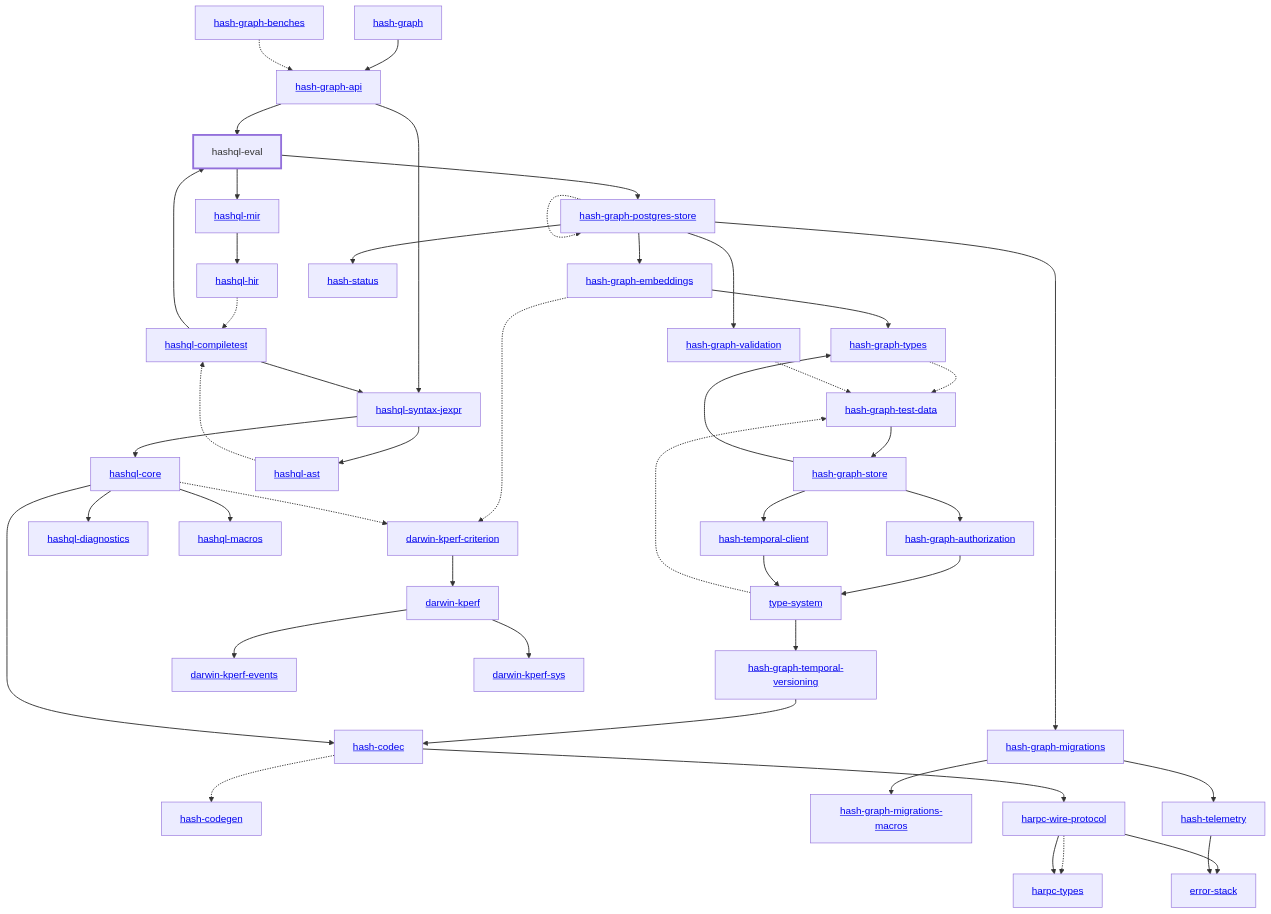
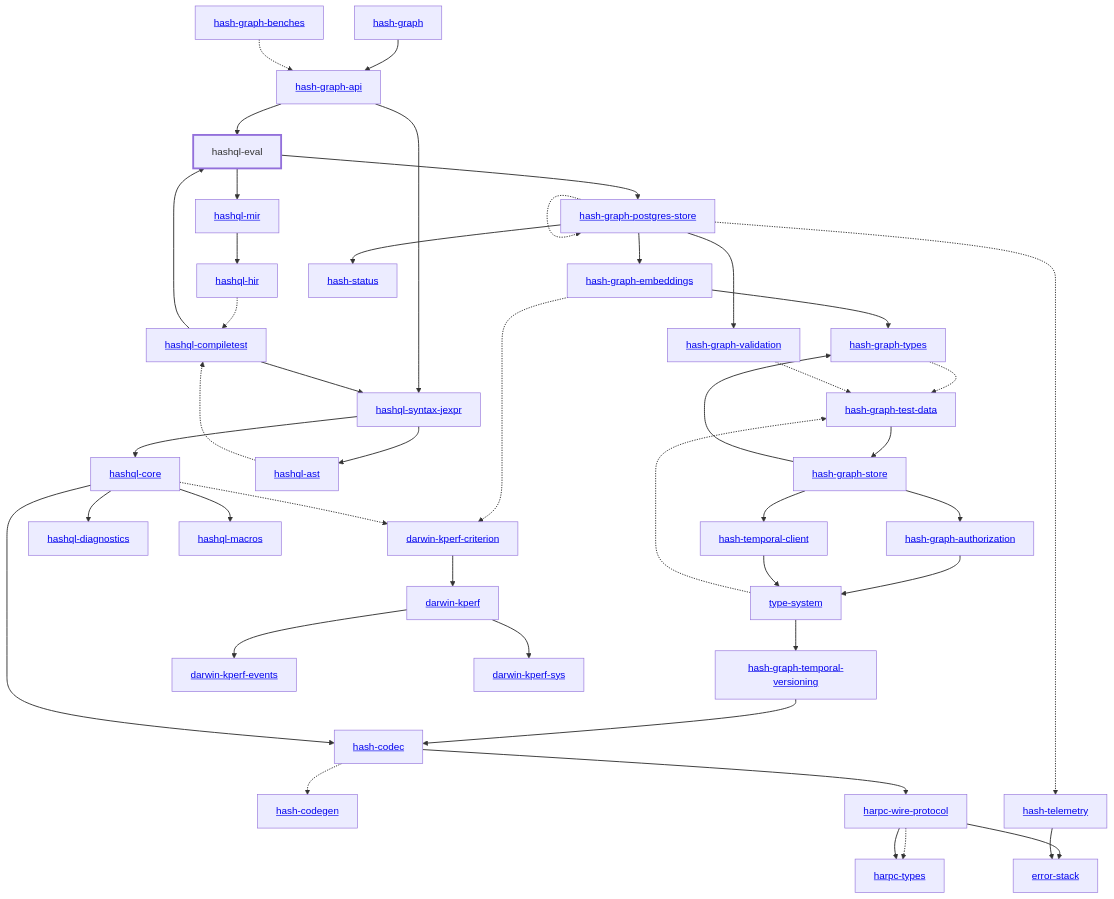
One commit to hashintel/hash changed the diagram in libs/@local/hashql/eval/docs/dependency-diagram.mmd. Above: the diagram before and after it, drawn with Mermaid. The commit also changed 12 other files, not shown here.

Commit message:
Update dependency diagrams

```diff
--- a/libs/@local/hashql/eval/docs/dependency-diagram.mmd
+++ b/libs/@local/hashql/eval/docs/dependency-diagram.mmd
@@ -1,92 +1,88 @@
 graph TD
     linkStyle default stroke-width:1.5px
     classDef default stroke-width:1px
     classDef root stroke-width:3px
     classDef dev stroke-width:1px
     classDef build stroke-width:1px
     %% Legend
     %% --> : Normal dependency
     %% -.-> : Dev dependency
     %% ---> : Build dependency
     0[<a href="../hash_graph/index.html">hash-graph</a>]
     1[<a href="../type_system/index.html">type-system</a>]
     2[<a href="../hash_codec/index.html">hash-codec</a>]
     3[<a href="../hash_codegen/index.html">hash-codegen</a>]
     4[<a href="../hash_graph_api/index.html">hash-graph-api</a>]
     5[<a href="../hash_graph_authorization/index.html">hash-graph-authorization</a>]
     6[<a href="../hash_graph_embeddings/index.html">hash-graph-embeddings</a>]
-    7[<a href="../hash_graph_migrations/index.html">hash-graph-migrations</a>]
-    8[<a href="../hash_graph_migrations_macros/index.html">hash-graph-migrations-macros</a>]
-    9[<a href="../hash_graph_postgres_store/index.html">hash-graph-postgres-store</a>]
-    10[<a href="../hash_graph_store/index.html">hash-graph-store</a>]
-    11[<a href="../hash_graph_temporal_versioning/index.html">hash-graph-temporal-versioning</a>]
-    12[<a href="../hash_graph_types/index.html">hash-graph-types</a>]
-    13[<a href="../hash_graph_validation/index.html">hash-graph-validation</a>]
-    14[<a href="../harpc_types/index.html">harpc-types</a>]
-    15[<a href="../harpc_wire_protocol/index.html">harpc-wire-protocol</a>]
-    16[<a href="../hashql_ast/index.html">hashql-ast</a>]
-    17[<a href="../hashql_compiletest/index.html">hashql-compiletest</a>]
-    18[<a href="../hashql_core/index.html">hashql-core</a>]
-    19[<a href="../hashql_diagnostics/index.html">hashql-diagnostics</a>]
-    20[hashql-eval]
-    class 20 root
-    21[<a href="../hashql_hir/index.html">hashql-hir</a>]
-    22[<a href="../hashql_macros/index.html">hashql-macros</a>]
-    23[<a href="../hashql_mir/index.html">hashql-mir</a>]
-    24[<a href="../hashql_syntax_jexpr/index.html">hashql-syntax-jexpr</a>]
-    25[<a href="../hash_status/index.html">hash-status</a>]
-    26[<a href="../hash_telemetry/index.html">hash-telemetry</a>]
-    27[<a href="../hash_temporal_client/index.html">hash-temporal-client</a>]
-    28[<a href="../darwin_kperf/index.html">darwin-kperf</a>]
-    29[<a href="../darwin_kperf_criterion/index.html">darwin-kperf-criterion</a>]
-    30[<a href="../darwin_kperf_events/index.html">darwin-kperf-events</a>]
-    31[<a href="../darwin_kperf_sys/index.html">darwin-kperf-sys</a>]
-    32[<a href="../error_stack/index.html">error-stack</a>]
-    33[<a href="../hash_graph_benches/index.html">hash-graph-benches</a>]
-    34[<a href="../hash_graph_test_data/index.html">hash-graph-test-data</a>]
+    7[<a href="../hash_graph_postgres_store/index.html">hash-graph-postgres-store</a>]
+    8[<a href="../hash_graph_store/index.html">hash-graph-store</a>]
+    9[<a href="../hash_graph_temporal_versioning/index.html">hash-graph-temporal-versioning</a>]
+    10[<a href="../hash_graph_types/index.html">hash-graph-types</a>]
+    11[<a href="../hash_graph_validation/index.html">hash-graph-validation</a>]
+    12[<a href="../harpc_types/index.html">harpc-types</a>]
+    13[<a href="../harpc_wire_protocol/index.html">harpc-wire-protocol</a>]
+    14[<a href="../hashql_ast/index.html">hashql-ast</a>]
+    15[<a href="../hashql_compiletest/index.html">hashql-compiletest</a>]
+    16[<a href="../hashql_core/index.html">hashql-core</a>]
+    17[<a href="../hashql_diagnostics/index.html">hashql-diagnostics</a>]
+    18[hashql-eval]
+    class 18 root
+    19[<a href="../hashql_hir/index.html">hashql-hir</a>]
+    20[<a href="../hashql_macros/index.html">hashql-macros</a>]
+    21[<a href="../hashql_mir/index.html">hashql-mir</a>]
+    22[<a href="../hashql_syntax_jexpr/index.html">hashql-syntax-jexpr</a>]
+    23[<a href="../hash_status/index.html">hash-status</a>]
+    24[<a href="../hash_telemetry/index.html">hash-telemetry</a>]
+    25[<a href="../hash_temporal_client/index.html">hash-temporal-client</a>]
+    26[<a href="../darwin_kperf/index.html">darwin-kperf</a>]
+    27[<a href="../darwin_kperf_criterion/index.html">darwin-kperf-criterion</a>]
+    28[<a href="../darwin_kperf_events/index.html">darwin-kperf-events</a>]
+    29[<a href="../darwin_kperf_sys/index.html">darwin-kperf-sys</a>]
+    30[<a href="../error_stack/index.html">error-stack</a>]
+    31[<a href="../hash_graph_benches/index.html">hash-graph-benches</a>]
+    32[<a href="../hash_graph_test_data/index.html">hash-graph-test-data</a>]
     0 --> 4
-    1 --> 11
-    1 -.-> 34
+    1 --> 9
+    1 -.-> 32
     2 -.-> 3
-    2 --> 15
-    4 --> 20
-    4 --> 24
+    2 --> 13
+    4 --> 18
+    4 --> 22
     5 --> 1
-    6 --> 12
-    6 -.-> 29
-    7 --> 8
-    7 --> 26
-    9 --> 6
-    9 --> 7
-    9 -.-> 9
-    9 --> 13
-    9 --> 25
-    10 --> 5
-    10 --> 12
-    10 --> 27
-    11 --> 2
-    12 -.-> 34
-    13 -.-> 34
-    15 -.-> 14
-    15 --> 14
-    15 --> 32
-    16 -.-> 17
-    17 --> 20
-    17 --> 24
-    18 --> 2
-    18 --> 19
-    18 --> 22
-    18 -.-> 29
-    20 --> 9
-    20 --> 23
-    21 -.-> 17
-    23 --> 21
-    24 --> 16
-    24 --> 18
-    26 --> 32
-    27 --> 1
-    28 --> 30
-    28 --> 31
-    29 --> 28
-    33 -.-> 4
-    34 --> 10
+    6 --> 10
+    6 -.-> 27
+    7 --> 6
+    7 -.-> 7
+    7 --> 11
+    7 --> 23
+    7 -.-> 24
+    8 --> 5
+    8 --> 10
+    8 --> 25
+    9 --> 2
+    10 -.-> 32
+    11 -.-> 32
+    13 -.-> 12
+    13 --> 12
+    13 --> 30
+    14 -.-> 15
+    15 --> 18
+    15 --> 22
+    16 --> 2
+    16 --> 17
+    16 --> 20
+    16 -.-> 27
+    18 --> 7
+    18 --> 21
+    19 -.-> 15
+    21 --> 19
+    22 --> 14
+    22 --> 16
+    24 --> 30
+    25 --> 1
+    26 --> 28
+    26 --> 29
+    27 --> 26
+    31 -.-> 4
+    32 --> 8
```
